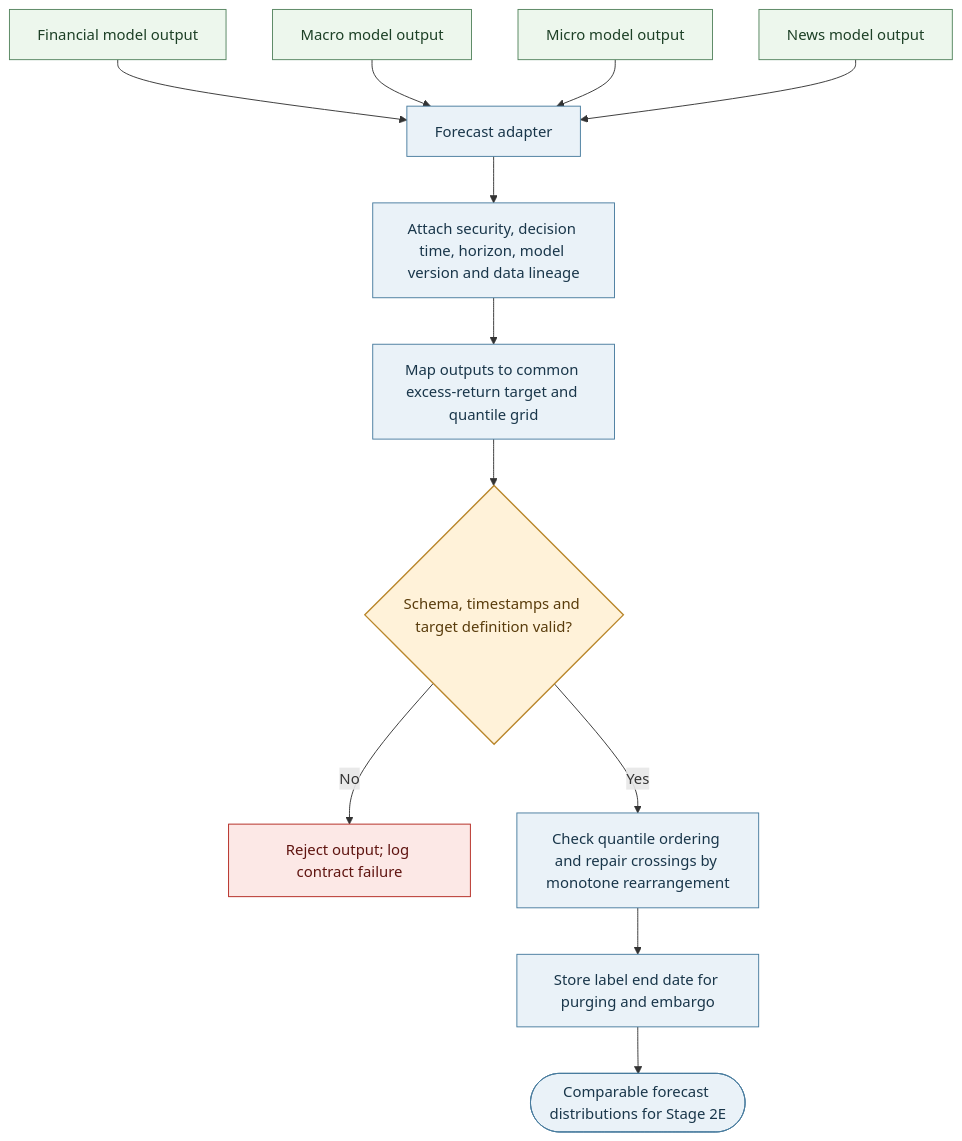
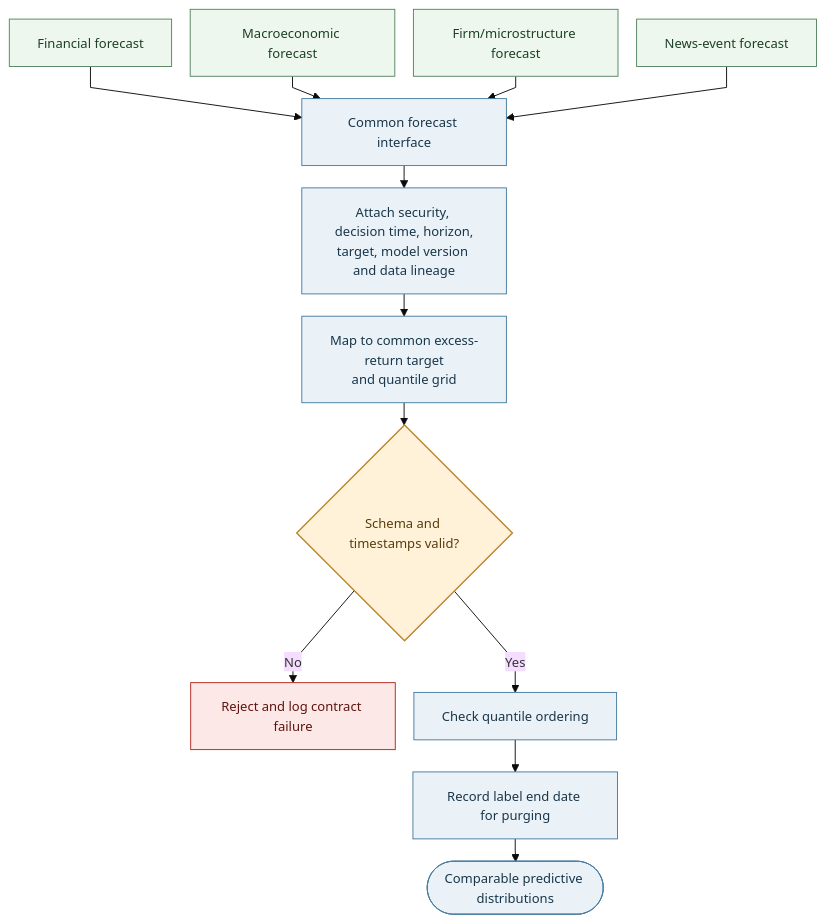
One commit to dannysilverio6-creator/AQP---LSEG changed the fifth of 15 diagrams in AQP OVERVIEW.md. Above: the diagram before and after it, drawn with Mermaid. The commit also changed other lines of this file, not shown here.

````diff
--- a/AQP OVERVIEW.md
+++ b/AQP OVERVIEW.md
@@ -310,23 +330,23 @@
 ```mermaid
+%%{init: {"theme": "base", "flowchart": {"nodeSpacing": 20, "rankSpacing": 24, "wrappingWidth": 160, "diagramPadding": 24, "curve": "linear"}, "themeVariables": {"fontSize": "14px"}}}%%
 flowchart TB
-    A[Financial model output] --> F[Forecast adapter]
-    B[Macro model output] --> F
-    C[Micro model output] --> F
-    D[News model output] --> F
-    F --> G[Attach security, decision time, horizon, model version and data lineage]
-    G --> H[Map outputs to common excess-return target and quantile grid]
-    H --> I{Schema, timestamps and target definition valid?}
-    I -->|No| X[Reject output; log contract failure]
-    I -->|Yes| J[Check quantile ordering and repair crossings by monotone rearrangement]
-    J --> K[Store label end date for purging and embargo]
-    K --> L([Comparable forecast distributions for Stage 2E])
-
+    A[Financial forecast] --> F["Common forecast interface"]
+    B[Macroeconomic forecast] --> F
+    C[Firm/microstructure forecast] --> F
+    D[News-event forecast] --> F
+    F --> G["Attach security, decision time, horizon,<br/>target, model version and data lineage"]
+    G --> H["Map to common excess-return target<br/>and quantile grid"]
+    H --> I{Schema and timestamps valid?}
+    I -->|No| X[Reject and log contract failure]
+    I -->|Yes| J[Check quantile ordering]
+    J --> K[Record label end date for purging]
+    K --> L([Comparable predictive distributions])
     classDef model fill:#edf7ed,stroke:#54845e,color:#1d4026;
     classDef process fill:#eaf2f8,stroke:#477b9e,color:#19364a;
     classDef gate fill:#fff2d9,stroke:#b9862b,color:#593c0c,stroke-width:1.5px;
     classDef stop fill:#fce8e6,stroke:#b3261e,color:#5f1410;
     class A,B,C,D model;
     class F,G,H,J,K,L process;
     class I gate;
     class X stop;
 ```
````
